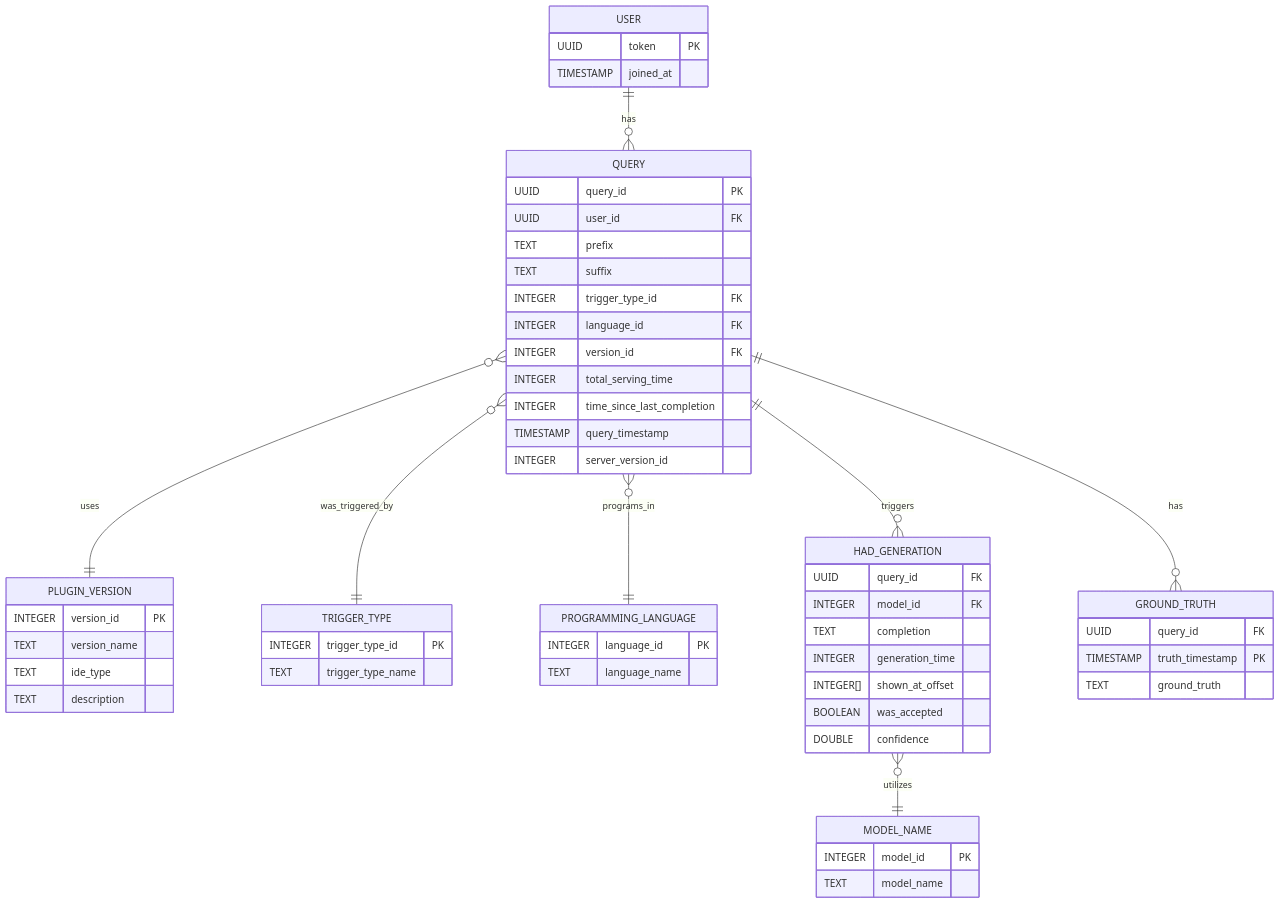
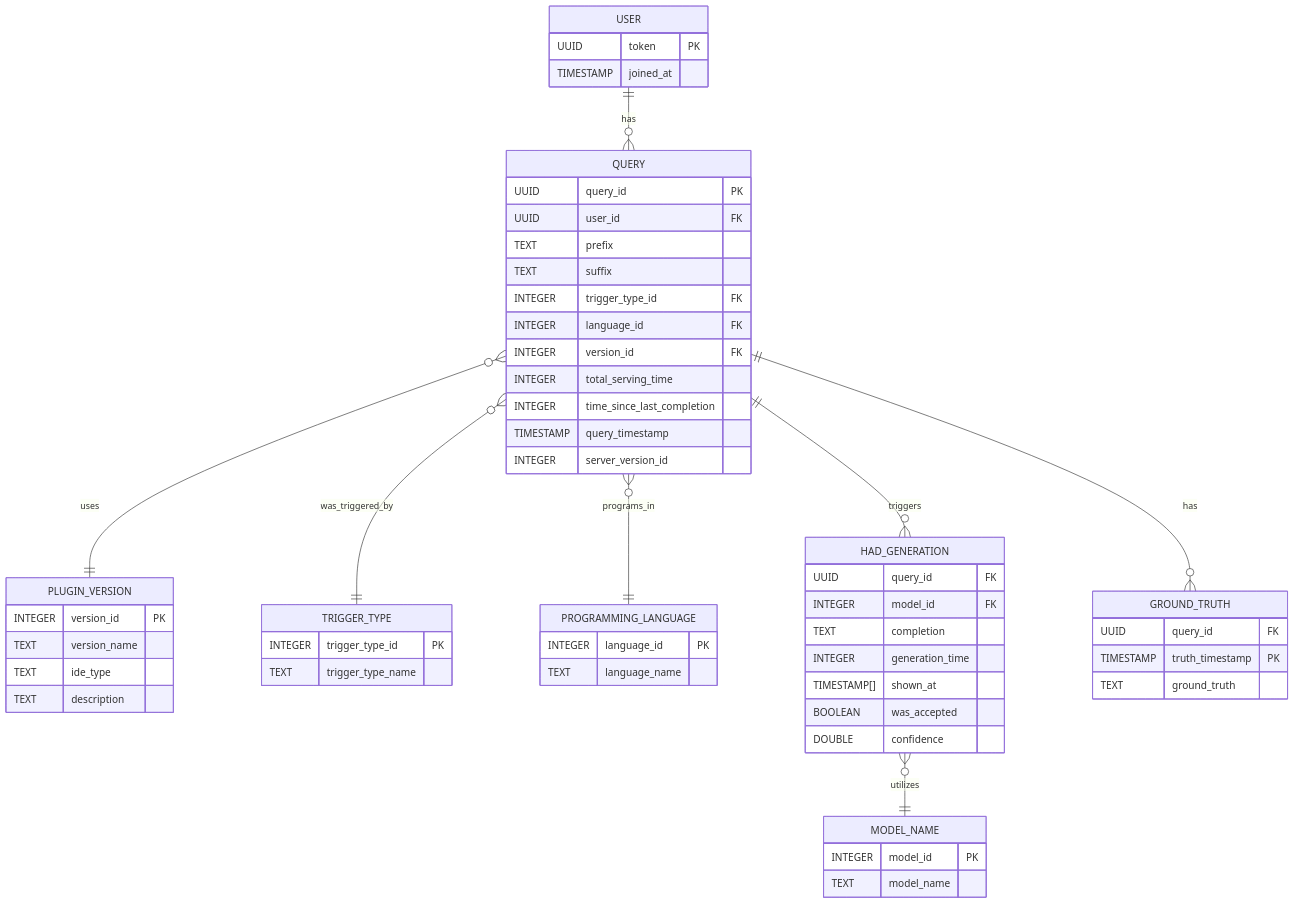
One commit to AISE-TUDelft/coco changed the diagram in server/database/design.md. Above: the diagram before and after it, drawn with Mermaid. The commit also changed other lines of this file and 3 other files, not shown here.

Commit message:
minor changes to the database design to use timestamps for shown_at data type instead of integer. updated markdown file. Updated related media.

````diff
--- a/server/database/design.md
+++ b/server/database/design.md
@@ -1,68 +1,68 @@
 ```mermaid
 erDiagram
     USER {
         UUID token PK
         TIMESTAMP joined_at
     }
 
     QUERY {
         UUID query_id PK
         UUID user_id FK
         TEXT prefix
         TEXT suffix
         INTEGER trigger_type_id FK
         INTEGER language_id FK
         INTEGER version_id FK
         INTEGER total_serving_time
         INTEGER time_since_last_completion
         TIMESTAMP query_timestamp
         INTEGER server_version_id
     }
 
     MODEL_NAME {
         INTEGER model_id PK
         TEXT model_name
     }
 
     PLUGIN_VERSION {
         INTEGER version_id PK
         TEXT version_name
         TEXT ide_type
         TEXT description
     }
 
     TRIGGER_TYPE {
         INTEGER trigger_type_id PK
         TEXT trigger_type_name
     }
 
     PROGRAMMING_LANGUAGE {
         INTEGER language_id PK
         TEXT language_name
     }
 
     HAD_GENERATION {
         UUID query_id FK
         INTEGER model_id FK
         TEXT completion
         INTEGER generation_time
-        INTEGER[] shown_at_offset
+        TIMESTAMP[] shown_at
         BOOLEAN was_accepted
         DOUBLE confidence
     }
 
     GROUND_TRUTH {
         UUID query_id FK
         TIMESTAMP truth_timestamp PK
         TEXT ground_truth
     }
 
     USER ||--o{ QUERY : has
     QUERY ||--o{ HAD_GENERATION : triggers
     QUERY ||--o{ GROUND_TRUTH : has
     QUERY }o--|| PLUGIN_VERSION : uses
     QUERY }o--|| TRIGGER_TYPE : was_triggered_by
     QUERY }o--|| PROGRAMMING_LANGUAGE : programs_in
     HAD_GENERATION }o--|| MODEL_NAME : utilizes
 
 ```
````
